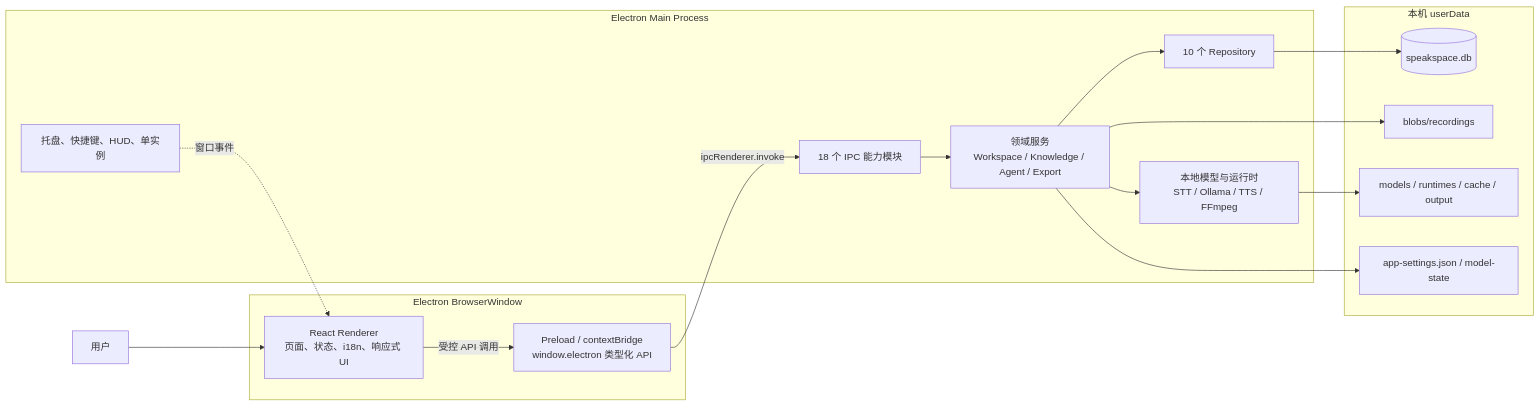
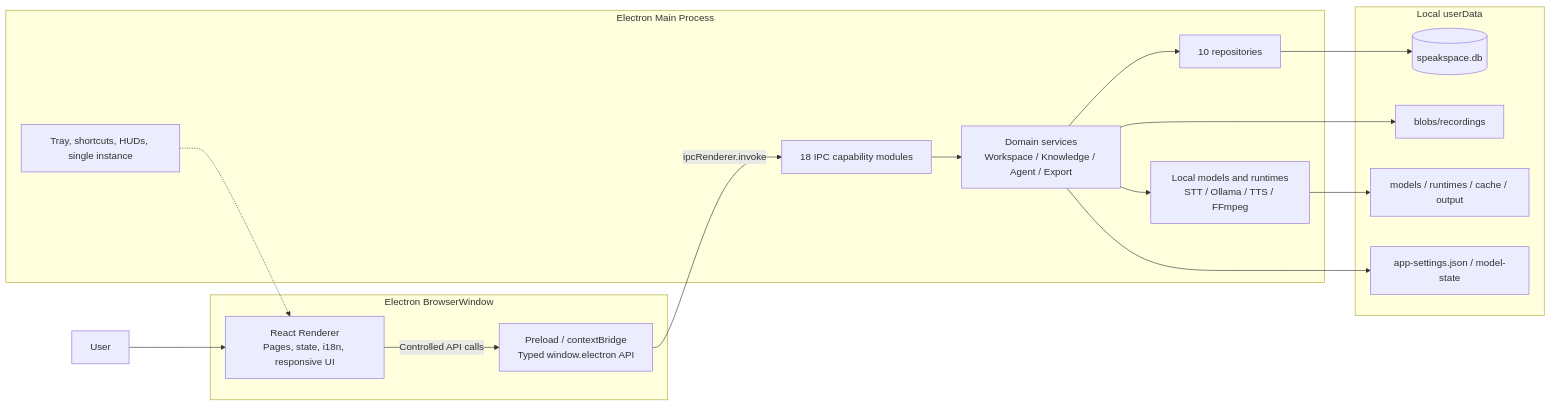
Before and after one commit to dhebhxh/speakspace-local-electron: the first of 4 diagrams in README.md, drawn with Mermaid. The commit also changed other lines of this file and 4 other files, not shown here.

````diff
--- a/README.md
+++ b/README.md
@@ -56,35 +60,35 @@
 ```mermaid
 flowchart LR
-  User["用户"] --> Renderer
+  User["User"] --> Renderer
 
   subgraph Window["Electron BrowserWindow"]
-    Renderer["React Renderer<br/>页面、状态、i18n、响应式 UI"]
-    Preload["Preload / contextBridge<br/>window.electron 类型化 API"]
-    Renderer -->|"受控 API 调用"| Preload
+    Renderer["React Renderer<br/>Pages, state, i18n, responsive UI"]
+    Preload["Preload / contextBridge<br/>Typed window.electron API"]
+    Renderer -->|"Controlled API calls"| Preload
   end
 
   subgraph Main["Electron Main Process"]
-    IPC["18 个 IPC 能力模块"]
-    Services["领域服务<br/>Workspace / Knowledge / Agent / Export"]
-    Repositories["10 个 Repository"]
-    Runtime["本地模型与运行时<br/>STT / Ollama / TTS / FFmpeg"]
-    Background["托盘、快捷键、HUD、单实例"]
+    IPC["18 IPC capability modules"]
+    Services["Domain services<br/>Workspace / Knowledge / Agent / Export"]
+    Repositories["10 repositories"]
+    Runtime["Local models and runtimes<br/>STT / Ollama / TTS / FFmpeg"]
+    Background["Tray, shortcuts, HUDs, single instance"]
     Preload -->|"ipcRenderer.invoke"| IPC
     IPC --> Services
     Services --> Repositories
     Services --> Runtime
-    Background -. "窗口事件" .-> Renderer
+    Background -.-> Renderer
   end
 
-  subgraph Local["本机 userData"]
+  subgraph Local["Local userData"]
     SQLite[("speakspace.db")]
     Recordings["blobs/recordings"]
     Models["models / runtimes / cache / output"]
     Settings["app-settings.json / model-state"]
   end
 
   Repositories --> SQLite
   Services --> Recordings
   Runtime --> Models
   Services --> Settings
 ```
````
